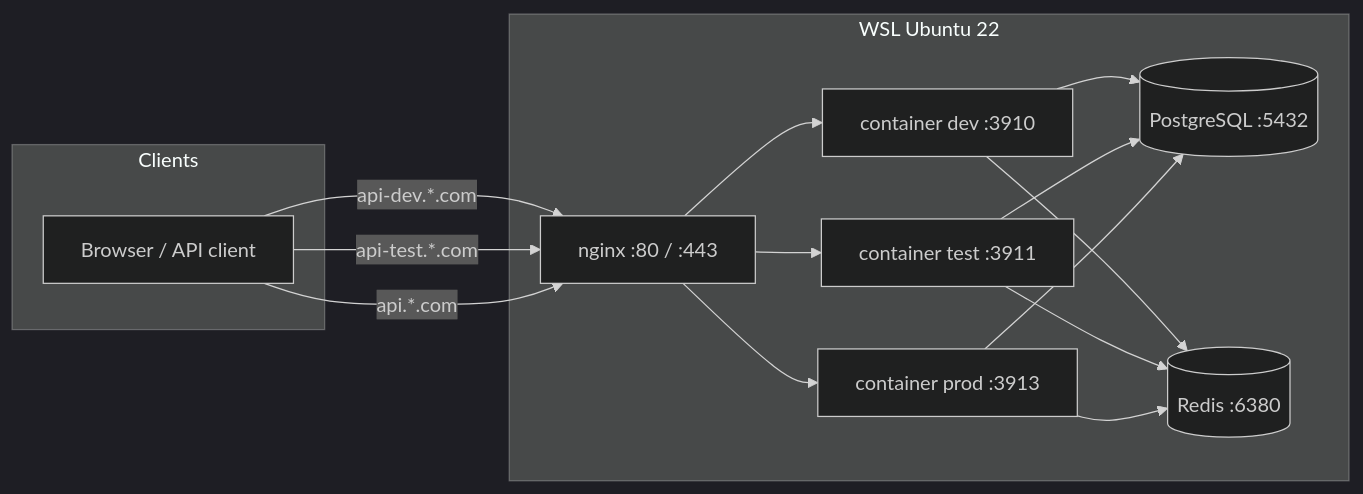
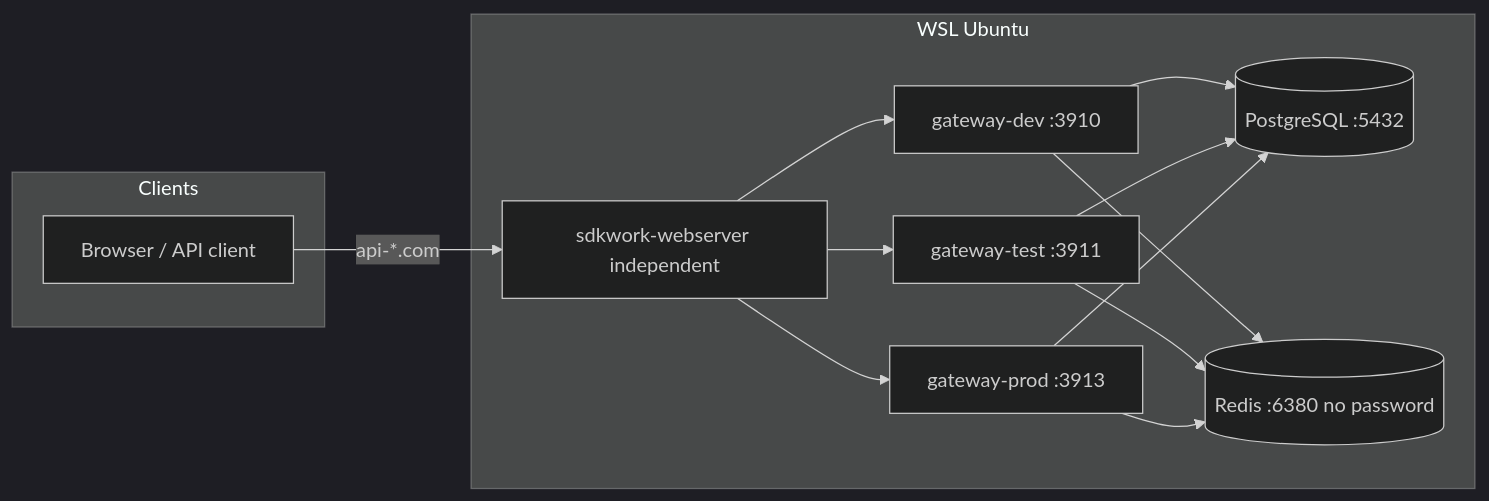
Before and after one commit to sdkwork-ai/sdkwork-api-cloud-gateway: the diagram in docs/guides/operator/REMOTE_DEPLOY_UBUNTU_DOCKER.md, drawn with Mermaid (dark theme). The commit also changed other lines of this file and 42 other files, not shown here.

````diff
--- a/docs/guides/operator/REMOTE_DEPLOY_UBUNTU_DOCKER.md
+++ b/docs/guides/operator/REMOTE_DEPLOY_UBUNTU_DOCKER.md
@@ -9,26 +20,24 @@
 ```mermaid
 flowchart LR
   subgraph clients [Clients]
     Browser[Browser / API client]
   end
-  subgraph wsl [WSL Ubuntu 22]
-    Nginx[nginx :80 / :443]
-    Dev[container dev :3910]
-    Test[container test :3911]
-    Prod[container prod :3913]
+  subgraph wsl [WSL Ubuntu]
+    Webserver[sdkwork-webserver independent]
+    Dev[gateway-dev :3910]
+    Test[gateway-test :3911]
+    Prod[gateway-prod :3913]
     PG[(PostgreSQL :5432)]
-    Redis[(Redis :6380)]
+    Redis[(Redis :6380 no password)]
   end
-  Browser -->|api-dev.*.com| Nginx
-  Browser -->|api-test.*.com| Nginx
-  Browser -->|api.*.com| Nginx
-  Nginx --> Dev
-  Nginx --> Test
-  Nginx --> Prod
+  Browser -->|api-*.com| Webserver
+  Webserver --> Dev
+  Webserver --> Test
+  Webserver --> Prod
   Dev --> PG
   Test --> PG
   Prod --> PG
   Dev --> Redis
   Test --> Redis
   Prod --> Redis
 ```
````
